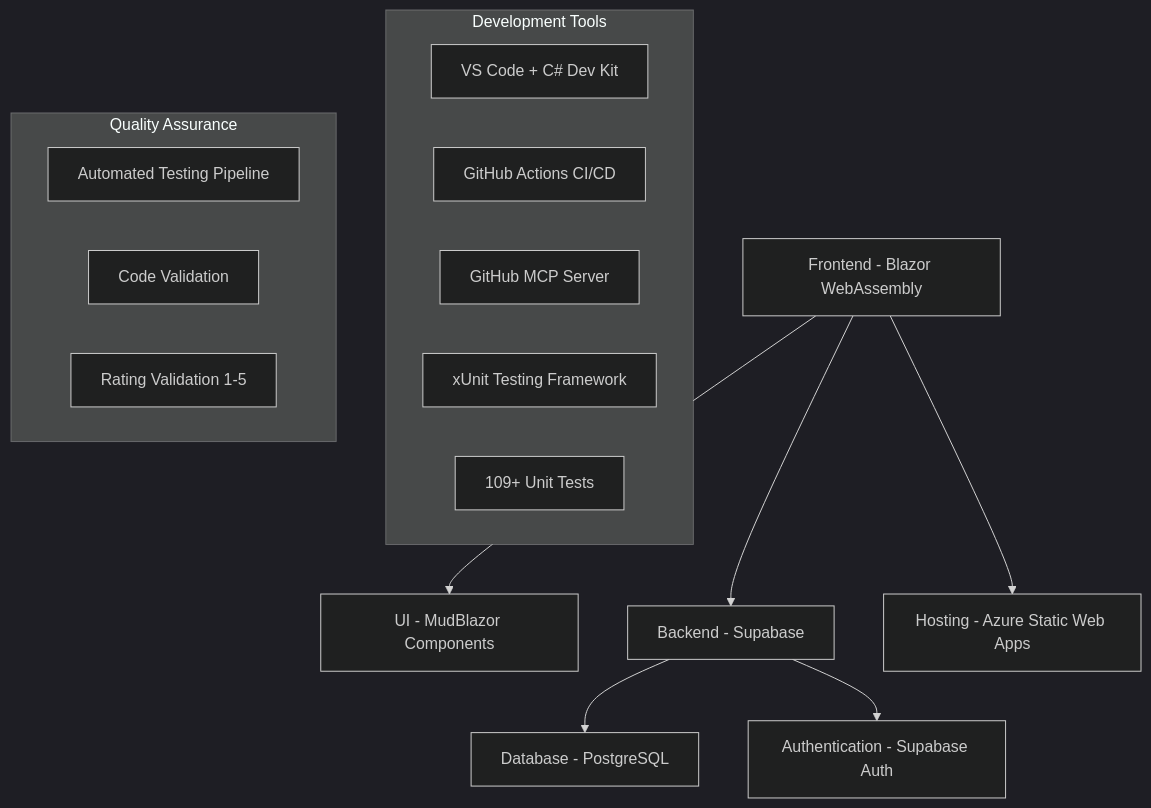
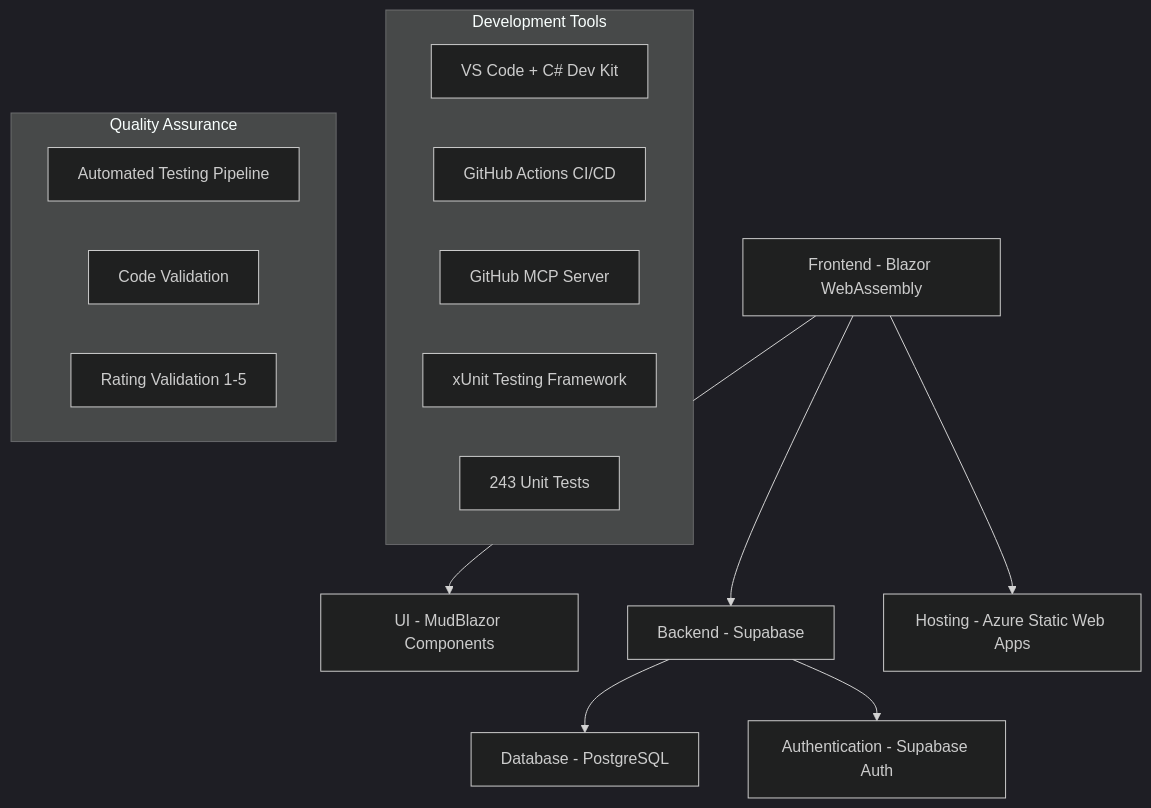
The first of 4 diagrams in docs/README.md (mongeon/RecettesIndex), drawn with Mermaid (dark theme) before and after one commit. The commit also changed other lines of this file and 8 other files, not shown here.

````diff
--- a/docs/README.md
+++ b/docs/README.md
@@ -29,22 +29,22 @@
 ```mermaid
 graph TB
     A[Frontend - Blazor WebAssembly] --> B[UI - MudBlazor Components]
     A --> C[Backend - Supabase]
     C --> D[Database - PostgreSQL]
     C --> E[Authentication - Supabase Auth]
     A --> F[Hosting - Azure Static Web Apps]
     
     subgraph "Development Tools"
         G[VS Code + C# Dev Kit]
         H[GitHub Actions CI/CD]
         I[GitHub MCP Server]
         J[xUnit Testing Framework]
-        K[109+ Unit Tests]
+        K[243 Unit Tests]
     end
     
     subgraph "Quality Assurance"
         L[Automated Testing Pipeline]
         M[Code Validation]
         N[Rating Validation 1-5]
     end
 ```
````
